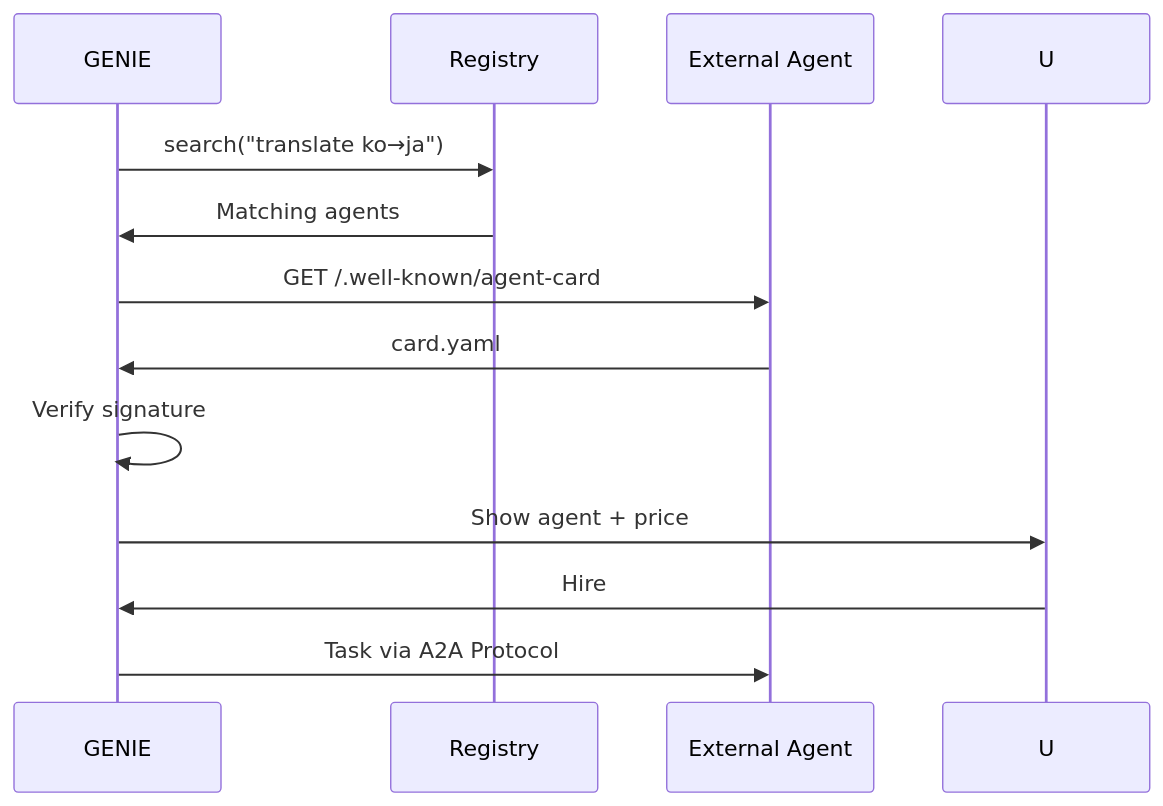
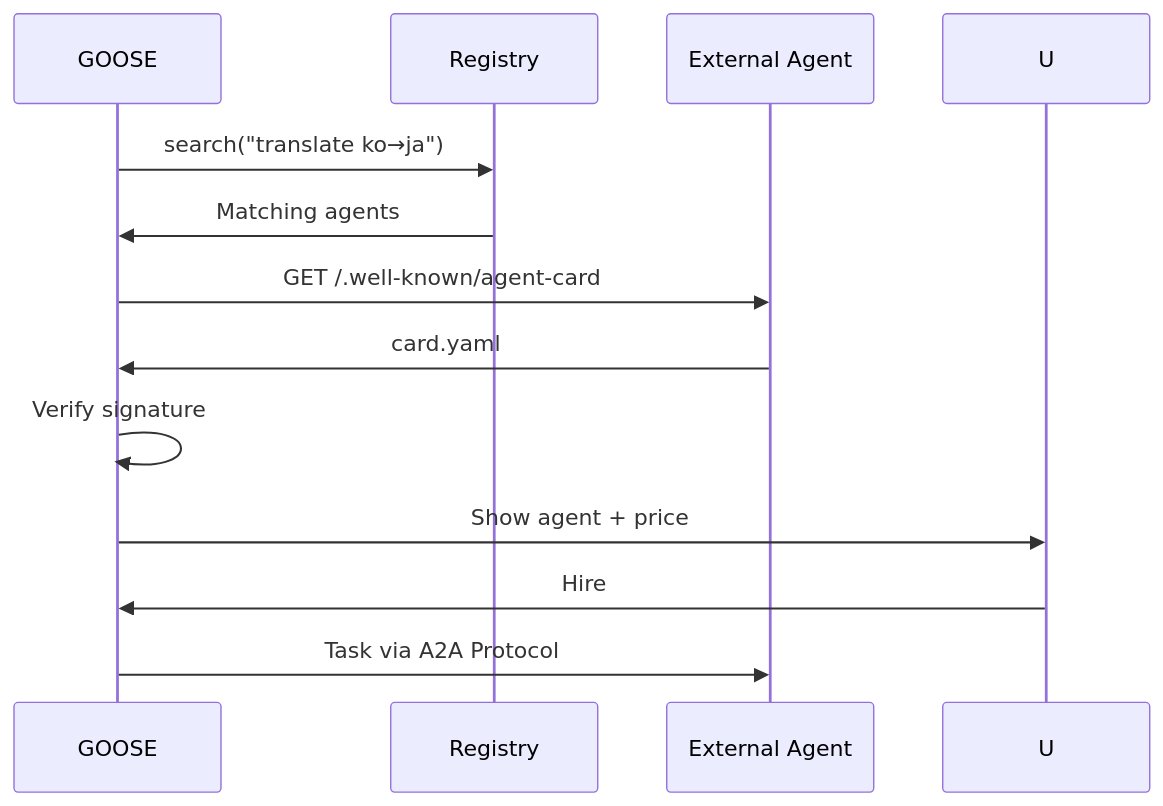
The third of 3 diagrams in .moai/project/ecosystem.md (modu-ai/mink), drawn with Mermaid before and after one commit. The commit also changed other lines of this file and 150 other files, not shown here.

````diff
--- a/.moai/project/ecosystem.md
+++ b/.moai/project/ecosystem.md
@@ -467,15 +467,15 @@
 ```mermaid
 sequenceDiagram
-    participant G as GENIE
+    participant G as GOOSE
     participant R as Registry
     participant E as External Agent
     
     G->>R: search("translate ko→ja")
     R->>G: Matching agents
     G->>E: GET /.well-known/agent-card
     E->>G: card.yaml
     G->>G: Verify signature
     G->>U: Show agent + price
     U->>G: Hire
     G->>E: Task via A2A Protocol
 ```
````
